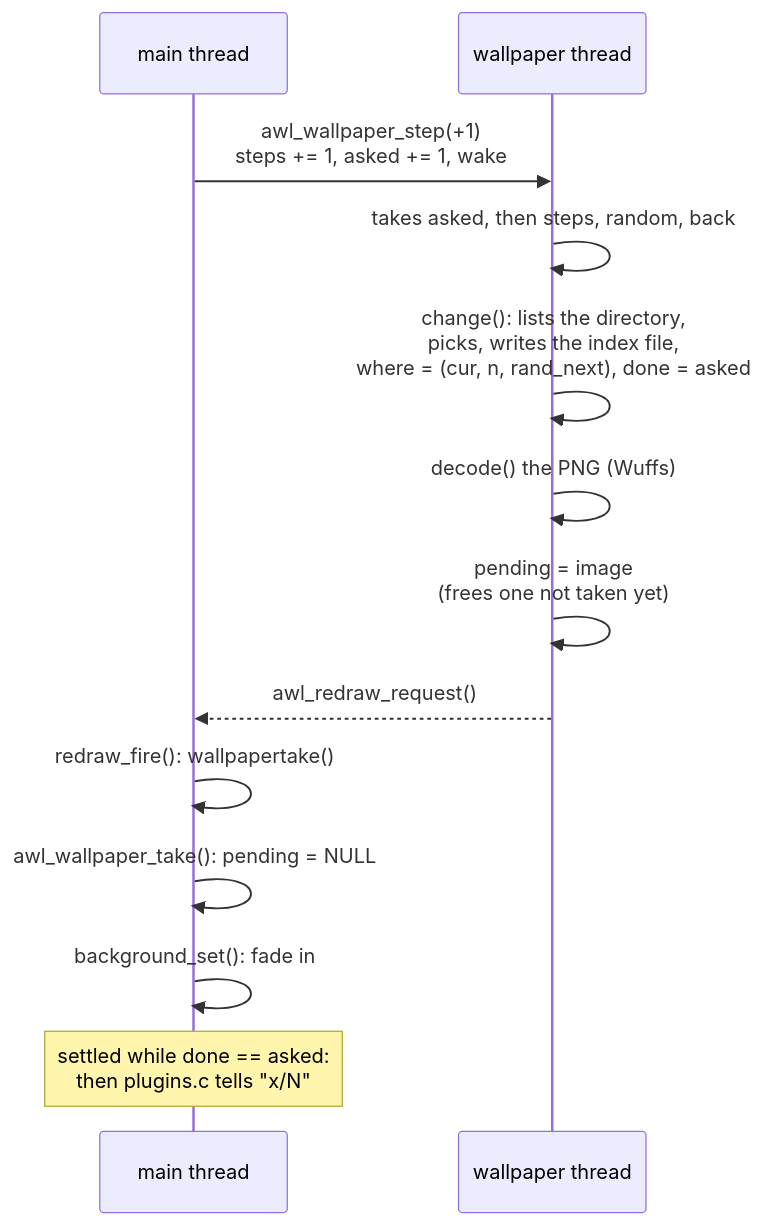
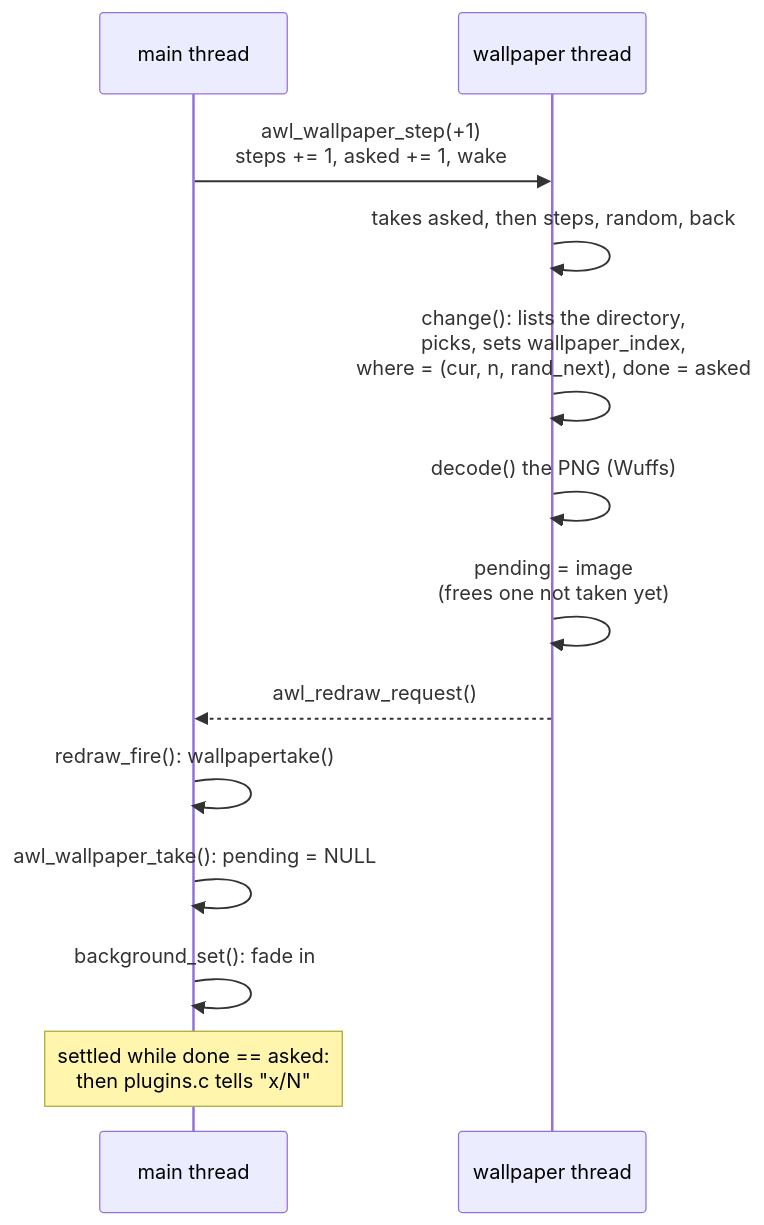
The fifth of 6 diagrams in doc/threads.rst (alcubierre-drive/dwl), drawn with Mermaid before and after one commit. The commit also changed other lines of this file and 29 other files, not shown here.

```diff
--- a/doc/threads.rst
+++ b/doc/threads.rst
@@ -191,15 +191,15 @@
 .. mermaid::
 
    sequenceDiagram
      participant M as main thread
      participant W as wallpaper thread
      M->>W: awl_wallpaper_step(+1)<br/>steps += 1, asked += 1, wake
      W->>W: takes asked, then steps, random, back
-     W->>W: change(): lists the directory,<br/>picks, writes the index file,<br/>where = (cur, n, rand_next), done = asked
+     W->>W: change(): lists the directory,<br/>picks, sets wallpaper_index,<br/>where = (cur, n, rand_next), done = asked
      W->>W: decode() the PNG (Wuffs)
      W->>W: pending = image<br/>(frees one not taken yet)
      W-->>M: awl_redraw_request()
      M->>M: redraw_fire(): wallpapertake()
      M->>M: awl_wallpaper_take(): pending = NULL
      M->>M: background_set(): fade in
      Note over M: settled while done == asked:<br/>then plugins.c tells "x/N"
```
